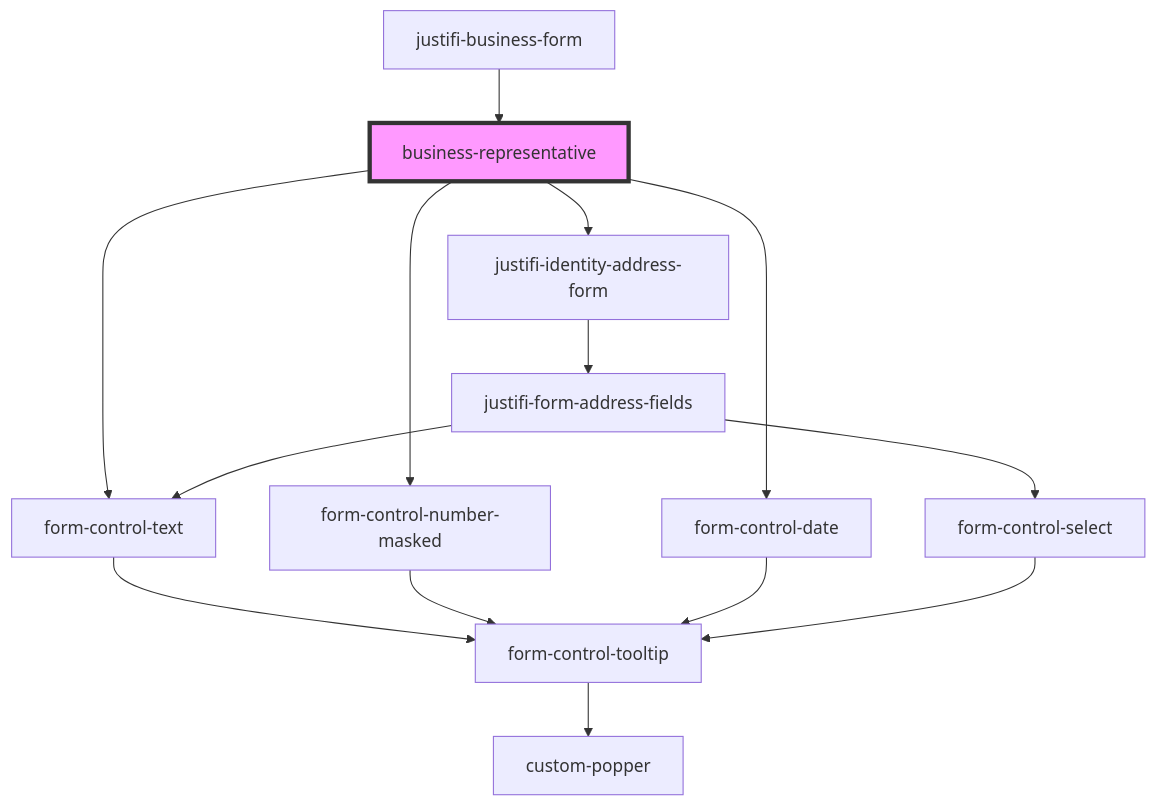
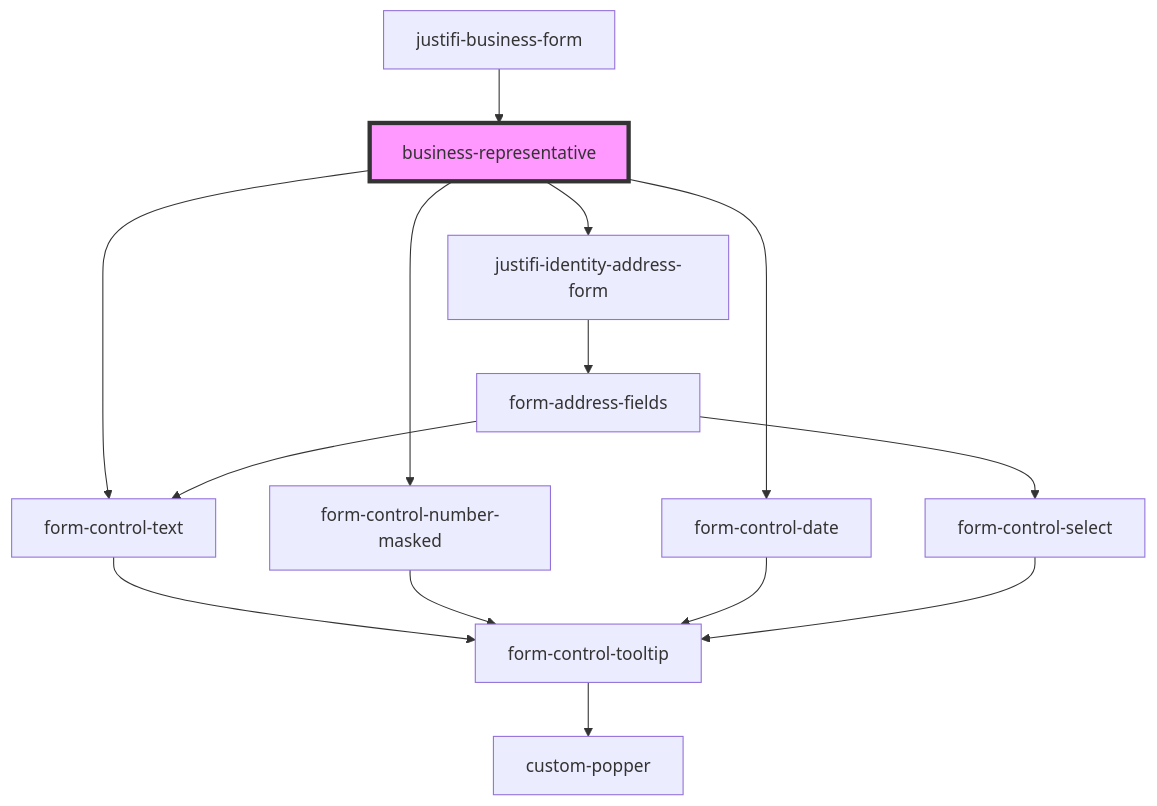
Before and after one commit to justifi-tech/web-component-library: the diagram in packages/webcomponents/src/components/business-forms/business-form/business-representative/README.md, drawn with Mermaid. The commit also changed 36 other files, not shown here.

````diff
--- a/packages/webcomponents/src/components/business-forms/business-form/business-representative/README.md
+++ b/packages/webcomponents/src/components/business-forms/business-form/business-representative/README.md
@@ -30,17 +30,17 @@
 ```mermaid
 graph TD;
   business-representative --> form-control-text
   business-representative --> form-control-number-masked
   business-representative --> form-control-date
   business-representative --> justifi-identity-address-form
   form-control-text --> form-control-tooltip
   form-control-tooltip --> custom-popper
   form-control-number-masked --> form-control-tooltip
   form-control-date --> form-control-tooltip
-  justifi-identity-address-form --> justifi-form-address-fields
-  justifi-form-address-fields --> form-control-text
-  justifi-form-address-fields --> form-control-select
+  justifi-identity-address-form --> form-address-fields
+  form-address-fields --> form-control-text
+  form-address-fields --> form-control-select
   form-control-select --> form-control-tooltip
   justifi-business-form --> business-representative
   style business-representative fill:#f9f,stroke:#333,stroke-width:4px
 ```
````
